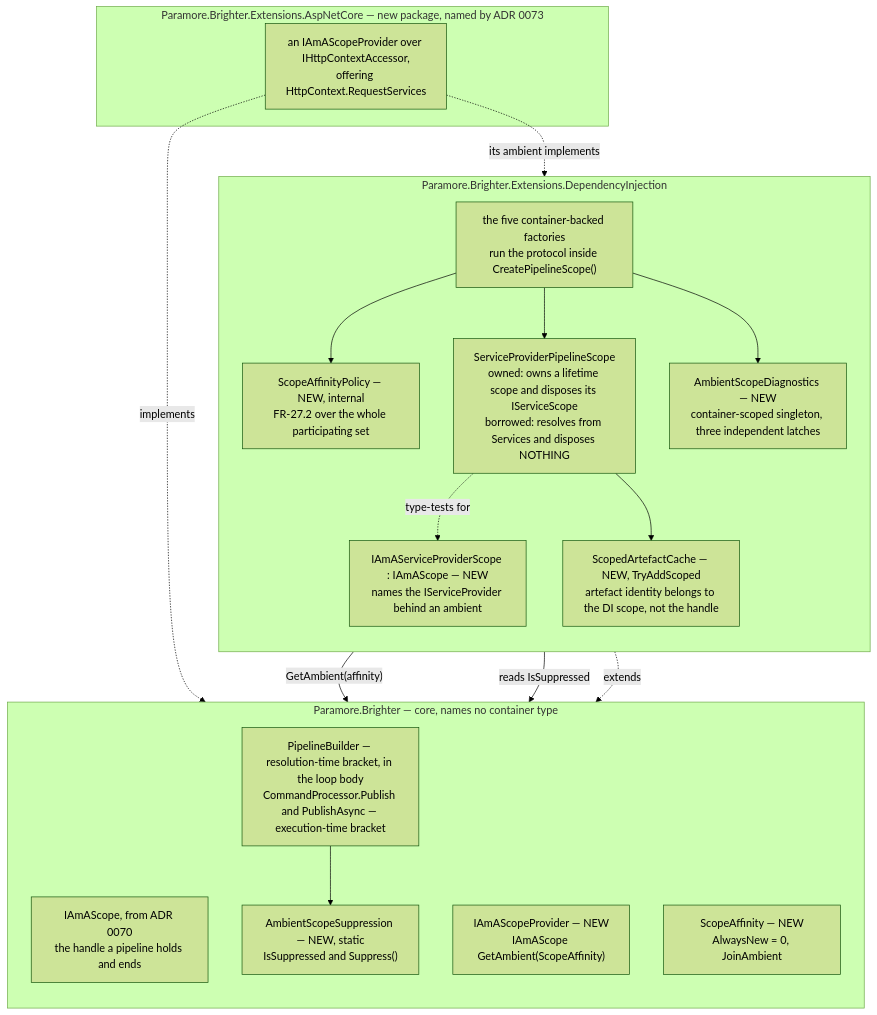
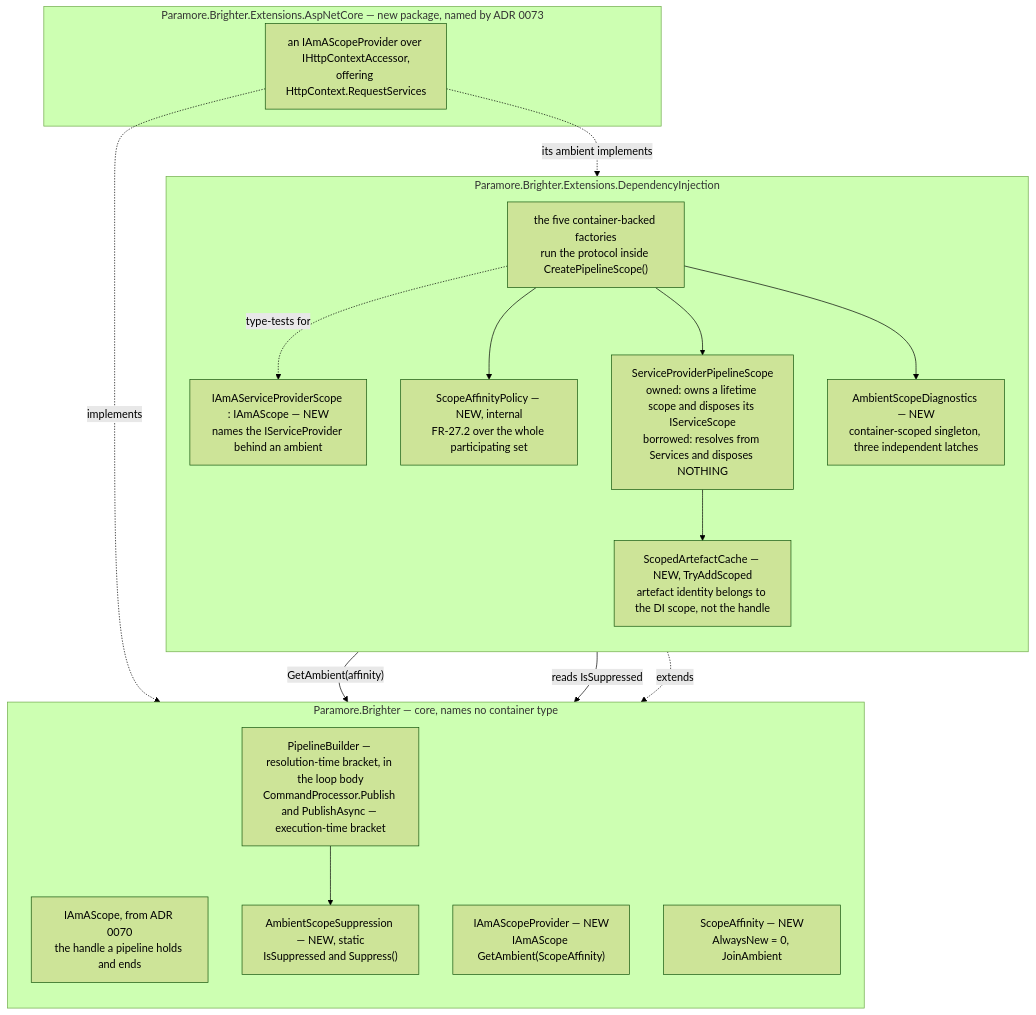
Before and after one commit to BrighterCommand/Brighter: the second of 2 diagrams in docs/adr/0072-ambient-scope-adoption-seam.md, drawn with Mermaid (forest theme). The commit also changed other lines of this file and 6 other files, not shown here.

````diff
--- a/docs/adr/0072-ambient-scope-adoption-seam.md
+++ b/docs/adr/0072-ambient-scope-adoption-seam.md
@@ -141,37 +141,37 @@
 ```mermaid
 flowchart TB
     subgraph core["Paramore.Brighter — core, names no container type"]
         direction TB
         handle["IAmAScope, from ADR 0070<br/>the handle a pipeline holds and ends"]
         provider["IAmAScopeProvider — NEW<br/>IAmAScope GetAmbient(ScopeAffinity)"]
         affinity["ScopeAffinity — NEW<br/>AlwaysNew = 0, JoinAmbient"]
         suppress["AmbientScopeSuppression — NEW, static<br/>IsSuppressed and Suppress()"]
         brackets["PipelineBuilder — resolution-time bracket, in the loop body<br/>CommandProcessor.Publish and PublishAsync — execution-time bracket"]
         brackets --> suppress
     end
 
     subgraph di["Paramore.Brighter.Extensions.DependencyInjection"]
         direction TB
         role["IAmAServiceProviderScope : IAmAScope — NEW<br/>names the IServiceProvider behind an ambient"]
         policy["ScopeAffinityPolicy — NEW, internal<br/>FR-27.2 over the whole participating set"]
         pipescope["ServiceProviderPipelineScope<br/>owned: owns a lifetime scope and disposes its IServiceScope<br/>borrowed: resolves from Services and disposes NOTHING"]
         cache["ScopedArtefactCache — NEW, TryAddScoped<br/>artefact identity belongs to the DI scope, not the handle"]
         diag["AmbientScopeDiagnostics — NEW<br/>container-scoped singleton, three independent latches"]
         facs["the five container-backed factories<br/>run the protocol inside CreatePipelineScope()"]
         facs --> policy
         facs --> pipescope
         facs --> diag
         pipescope --> cache
     end
 
     subgraph aspnet["Paramore.Brighter.Extensions.AspNetCore — new package, named by ADR 0073"]
         asp["an IAmAScopeProvider over IHttpContextAccessor,<br/>offering HttpContext.RequestServices"]
     end
 
     facs -- "GetAmbient(affinity)" --> provider
     facs -- "reads IsSuppressed" --> suppress
     asp -. "implements" .-> provider
     asp -. "its ambient implements" .-> role
     role -. "extends" .-> handle
-    pipescope -. "type-tests for" .-> role
+    facs -. "type-tests for" .-> role
 ```
````
